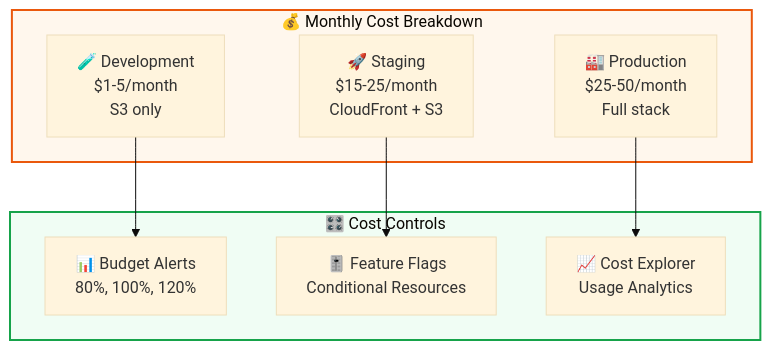
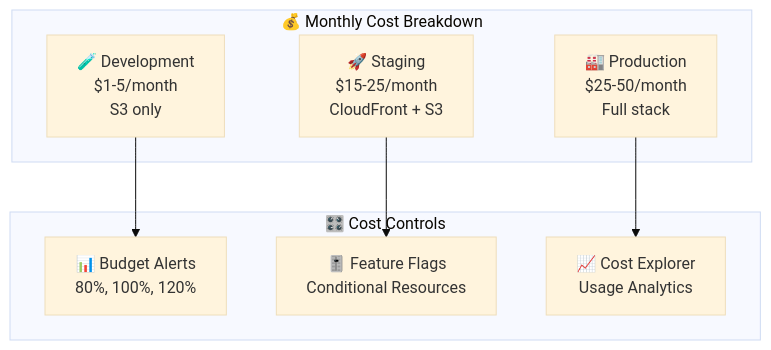
One commit to Celtikill/static-site changed the sixth of 6 diagrams in docs/deployment.md. Above: the diagram before and after it, drawn with Mermaid (base theme). The commit also changed other lines of this file and 5 other files, not shown here.

````diff
--- a/docs/deployment.md
+++ b/docs/deployment.md
@@ -429,24 +401,20 @@
 ```mermaid
 graph TD
     subgraph Costs["💰 Monthly Cost Breakdown"]
         A["🧪 Development<br/>$1-5/month<br/>S3 only"]
         B["🚀 Staging<br/>$15-25/month<br/>CloudFront + S3"]
         C["🏭 Production<br/>$25-50/month<br/>Full stack"]
     end
 
     subgraph Controls["🎛️ Cost Controls"]
         D["📊 Budget Alerts<br/>80%, 100%, 120%"]
         E["🎚️ Feature Flags<br/>Conditional Resources"]
         F["📈 Cost Explorer<br/>Usage Analytics"]
     end
 
     A --> D
     B --> E
     C --> F
 
-    classDef costStyle fill:#fff7ed,stroke:#ea580c,stroke-width:2px
-    classDef controlStyle fill:#f0fdf4,stroke:#16a34a,stroke-width:2px
 
-    class Costs costStyle
-    class Controls controlStyle
 ```
````
